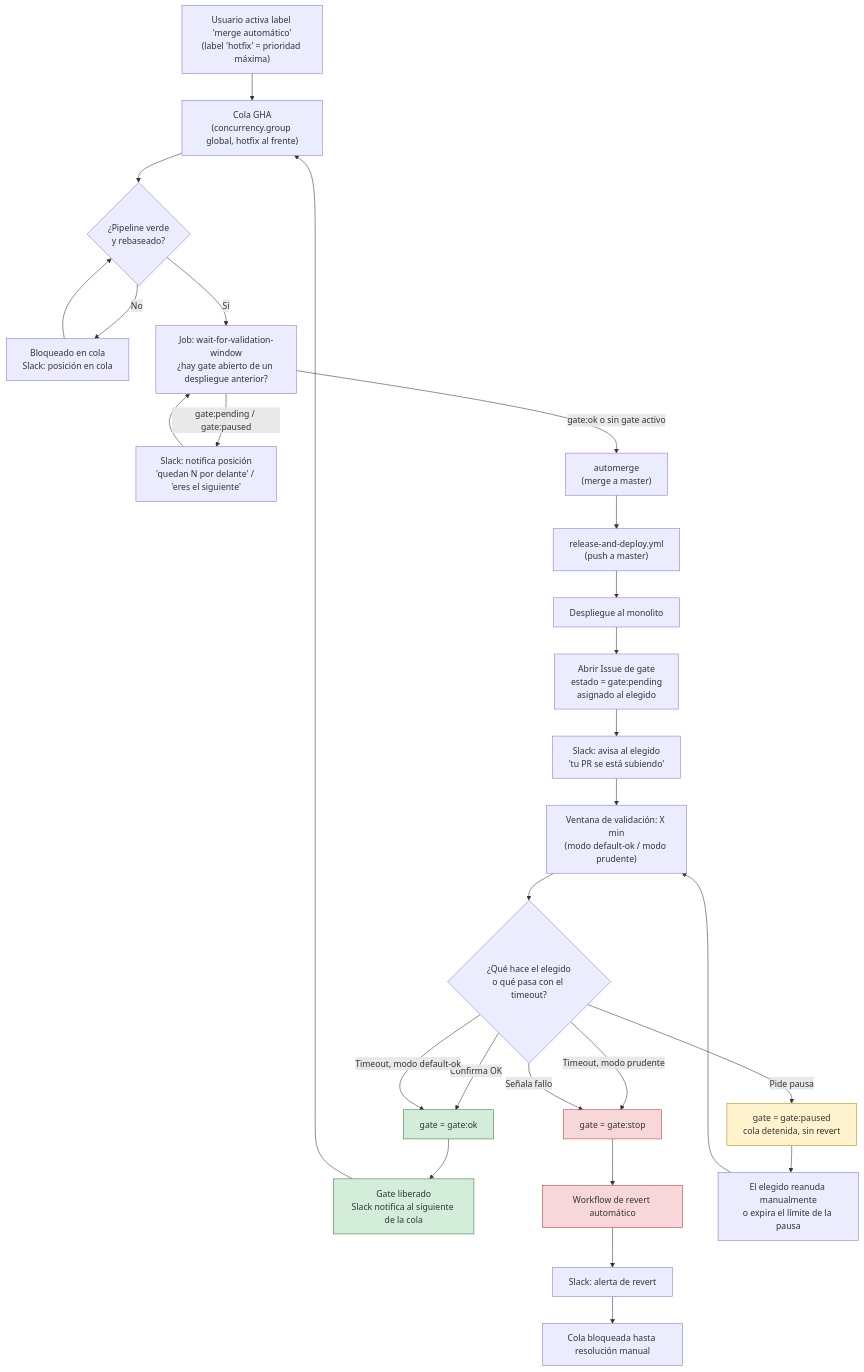
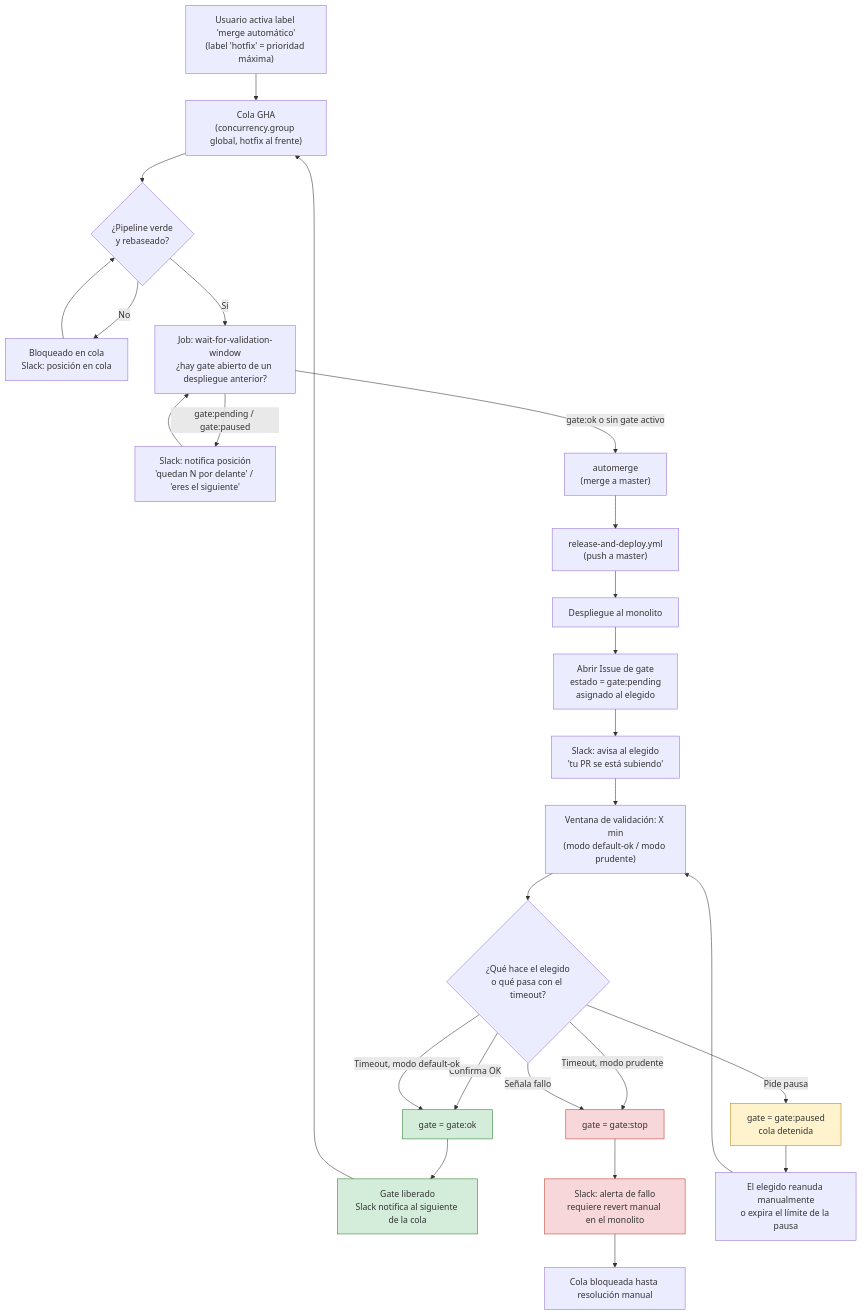
Before and after one commit to manjarcode/hackaton26: the diagram in docs/Flow.md, drawn with Mermaid. The commit also changed other lines of this file and 4 other files, not shown here.

First line of the commit message:
Añade wait-for-validation-window y gate-resolve.yml; quita el revert automático del plan

````diff
--- a/docs/Flow.md
+++ b/docs/Flow.md
@@ -46,39 +50,38 @@
 ```mermaid
 flowchart TD
     A["Usuario activa label 'merge automático'<br/>(label 'hotfix' = prioridad máxima)"] --> B["Cola GHA<br/>(concurrency.group global, hotfix al frente)"]
     B --> C{"¿Pipeline verde<br/>y rebaseado?"}
     C -- No --> C1["Bloqueado en cola<br/>Slack: posición en cola"]
     C1 --> C
     C -- Sí --> D["Job: wait-for-validation-window<br/>¿hay gate abierto de un despliegue anterior?"]
     D -- "gate:pending / gate:paused" --> D1["Slack: notifica posición<br/>'quedan N por delante' / 'eres el siguiente'"]
     D1 --> D
     D -- "gate:ok o sin gate activo" --> E["automerge<br/>(merge a master)"]
     E --> F["release-and-deploy.yml<br/>(push a master)"]
     F --> G["Despliegue al monolito"]
     G --> H["Abrir Issue de gate<br/>estado = gate:pending<br/>asignado al elegido"]
     H --> I["Slack: avisa al elegido<br/>'tu PR se está subiendo'"]
     I --> J["Ventana de validación: X min<br/>(modo default-ok / modo prudente)"]
 
     J --> K{"¿Qué hace el elegido<br/>o qué pasa con el timeout?"}
     K -- "Confirma OK" --> L["gate = gate:ok"]
     K -- "Timeout, modo default-ok" --> L
     K -- "Timeout, modo prudente" --> M["gate = gate:stop"]
     K -- "Señala fallo" --> M
-    K -- "Pide pausa" --> M2["gate = gate:paused<br/>cola detenida, sin revert"]
+    K -- "Pide pausa" --> M2["gate = gate:paused<br/>cola detenida"]
 
     L --> N["Gate liberado<br/>Slack notifica al siguiente de la cola"]
     N --> B
 
-    M --> O["Workflow de revert automático"]
-    O --> P["Slack: alerta de revert"]
-    P --> Q["Cola bloqueada hasta resolución manual"]
+    M --> O["Slack: alerta de fallo<br/>requiere revert manual en el monolito"]
+    O --> Q["Cola bloqueada hasta resolución manual"]
 
     M2 --> R["El elegido reanuda manualmente<br/>o expira el límite de la pausa"]
     R --> J
 
     style M fill:#f8d7da,stroke:#c0392b
     style O fill:#f8d7da,stroke:#c0392b
     style L fill:#d4edda,stroke:#2e7d32
     style N fill:#d4edda,stroke:#2e7d32
     style M2 fill:#fff3cd,stroke:#b8860b
 ```
````
